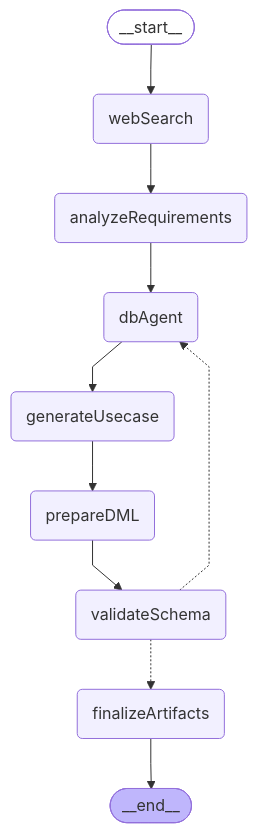
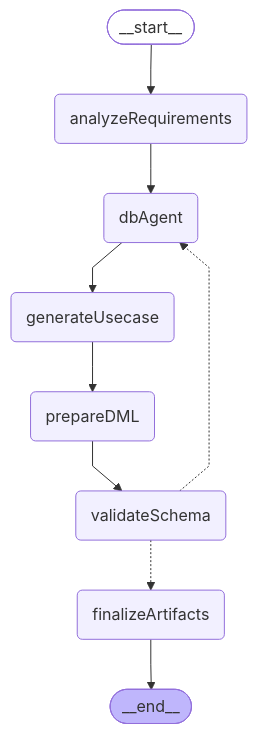
One commit to yzkee/liam changed the first of 2 diagrams in frontend/internal-packages/agent/src/chat/workflow/README.md. Above: the diagram before and after it, drawn with Mermaid. The commit also changed other lines of this file and 5 other files, not shown here.

First line of the commit message:
🔥 Remove webSearchNode from workflow

````diff
--- a/frontend/internal-packages/agent/src/chat/workflow/README.md
+++ b/frontend/internal-packages/agent/src/chat/workflow/README.md
@@ -7,25 +7,23 @@
 ```mermaid
 %%{init: {'flowchart': {'curve': 'linear'}}}%%
 graph TD;
 	__start__([<p>__start__</p>]):::first
-	webSearch(webSearch)
 	analyzeRequirements(analyzeRequirements)
 	dbAgent(dbAgent)
 	generateUsecase(generateUsecase)
 	prepareDML(prepareDML)
 	validateSchema(validateSchema)
 	finalizeArtifacts(finalizeArtifacts)
 	__end__([<p>__end__</p>]):::last
-	__start__ --> webSearch;
+	__start__ --> analyzeRequirements;
 	analyzeRequirements --> dbAgent;
 	dbAgent --> generateUsecase;
 	finalizeArtifacts --> __end__;
 	generateUsecase --> prepareDML;
 	prepareDML --> validateSchema;
-	webSearch --> analyzeRequirements;
 	validateSchema -.-> dbAgent;
 	validateSchema -.-> finalizeArtifacts;
 	classDef default fill:#f2f0ff,line-height:1.2;
 	classDef first fill-opacity:0;
 	classDef last fill:#bfb6fc;
 ```
````
